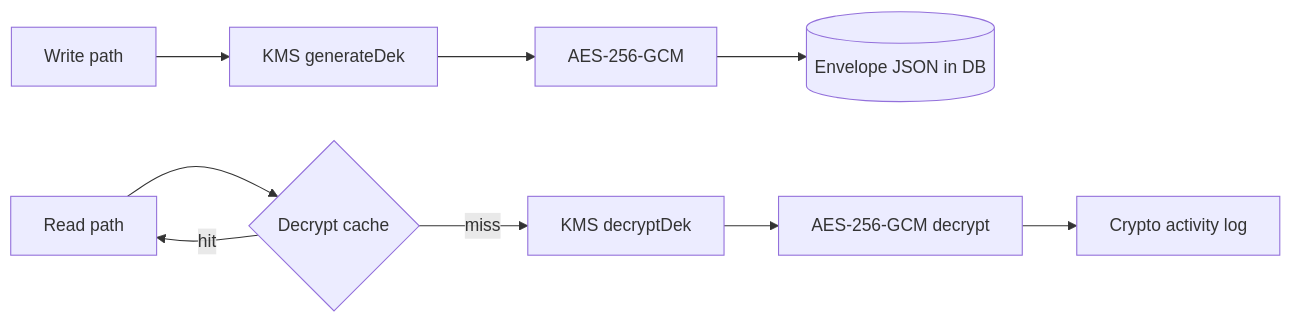
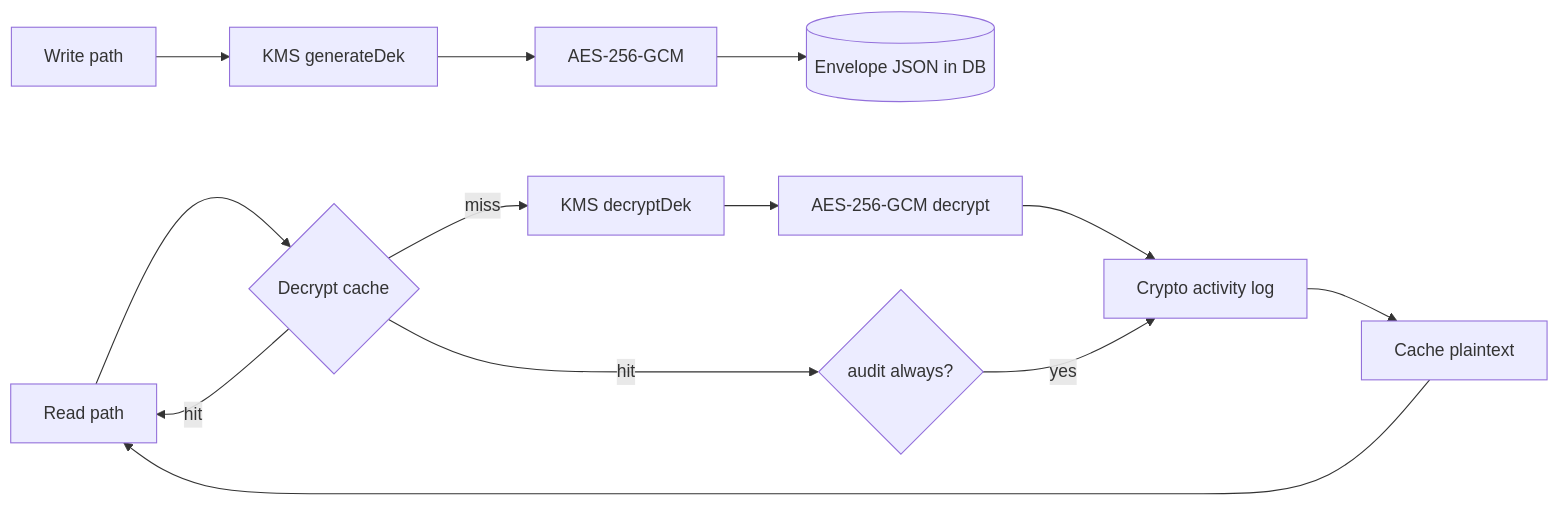
Before and after one commit to silverspoonmedia/cored-backend: the first of 2 diagrams in docs/envelope-encryption.md, drawn with Mermaid. The commit also changed other lines of this file and 30 other files, not shown here.

````diff
--- a/docs/envelope-encryption.md
+++ b/docs/envelope-encryption.md
@@ -17,11 +30,15 @@
 ```mermaid
 flowchart LR
     write[Write path] --> kmsGen[KMS generateDek]
     kmsGen --> aesEnc[AES-256-GCM]
     aesEnc --> db[(Envelope JSON in DB)]
     read[Read path] --> cache{Decrypt cache}
     cache -->|miss| kmsDec[KMS decryptDek]
     kmsDec --> aesDec[AES-256-GCM decrypt]
     aesDec --> audit[Crypto activity log]
+    audit --> cacheStore[Cache plaintext]
+    cache -->|hit| auditAlways{audit always?}
+    auditAlways -->|yes| audit
     cache -->|hit| read
+    cacheStore --> read
 ```
````
